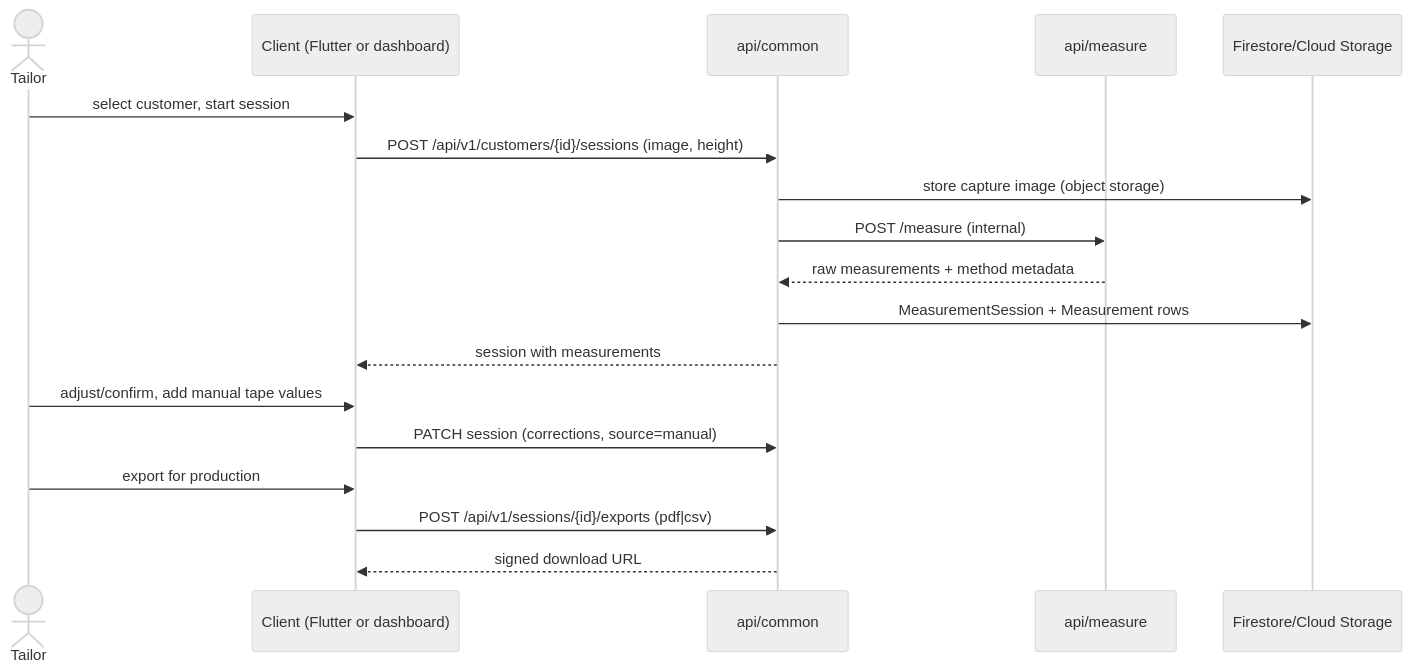
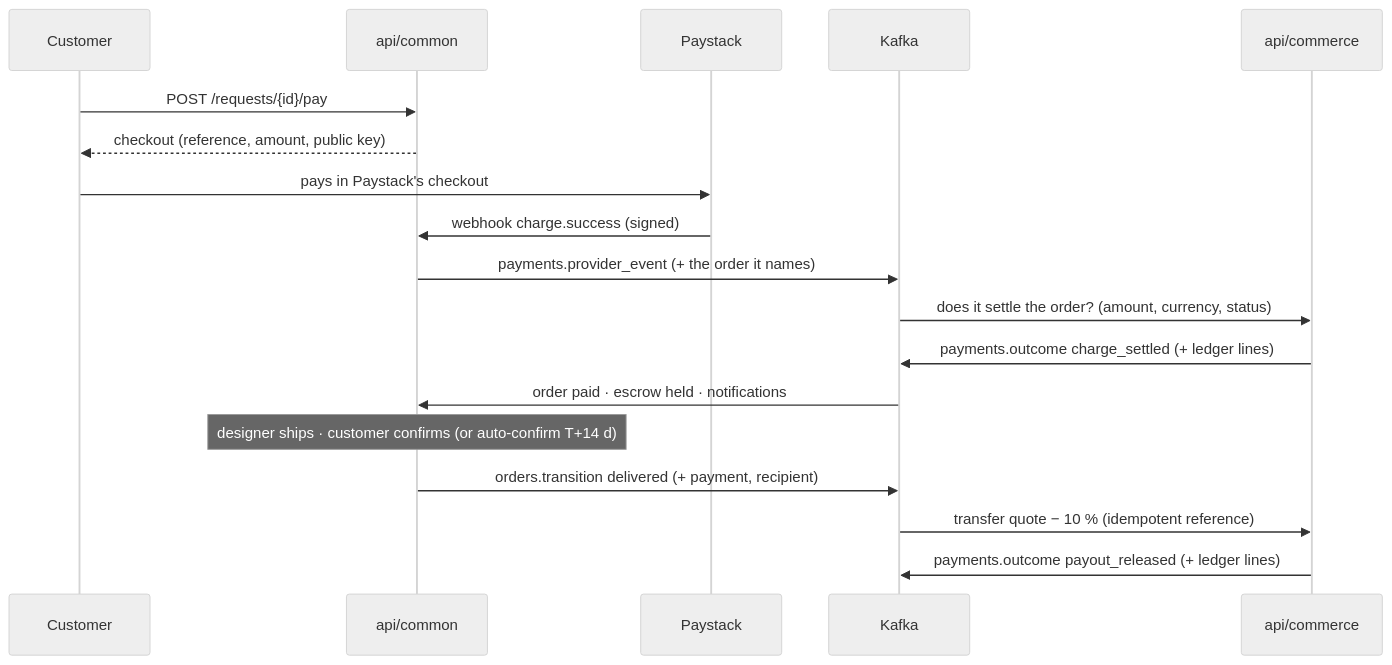
The third of 4 diagrams in docs/architecture.md (cuesoftinc/apparule), drawn with Mermaid (neutral theme) before and after one commit. The commit also changed other lines of this file and 304 other files, not shown here.

````diff
--- a/docs/architecture.md
+++ b/docs/architecture.md
@@ -217,21 +154,20 @@
 ```mermaid
 sequenceDiagram
-    actor T as Tailor
-    participant F as Client (Flutter or dashboard)
+    participant Cu as Customer
     participant C as api/common
-    participant M as api/measure
-    participant DB as Firestore/Cloud Storage
-
-    T->>F: select customer, start session
-    F->>C: POST /api/v1/customers/{id}/sessions (image, height)
-    C->>DB: store capture image (object storage)
-    C->>M: POST /measure (internal)
-    M-->>C: raw measurements + method metadata
-    C->>DB: MeasurementSession + Measurement rows
-    C-->>F: session with measurements
-    T->>F: adjust/confirm, add manual tape values
-    F->>C: PATCH session (corrections, source=manual)
-    T->>F: export for production
-    F->>C: POST /api/v1/sessions/{id}/exports (pdf|csv)
-    C-->>F: signed download URL
+    participant PS as Paystack
+    participant K as Kafka
+    participant M as api/commerce
+    Cu->>C: POST /requests/{id}/pay
+    C-->>Cu: checkout (reference, amount, public key)
+    Cu->>PS: pays in Paystack's checkout
+    PS->>C: webhook charge.success (signed)
+    C->>K: payments.provider_event (+ the order it names)
+    K->>M: does it settle the order? (amount, currency, status)
+    M->>K: payments.outcome charge_settled (+ ledger lines)
+    K->>C: order paid · escrow held · notifications
+    Note over C: designer ships · customer confirms (or auto-confirm T+14 d)
+    C->>K: orders.transition delivered (+ payment, recipient)
+    K->>M: transfer quote − 10 % (idempotent reference)
+    M->>K: payments.outcome payout_released (+ ledger lines)
 ```
````
